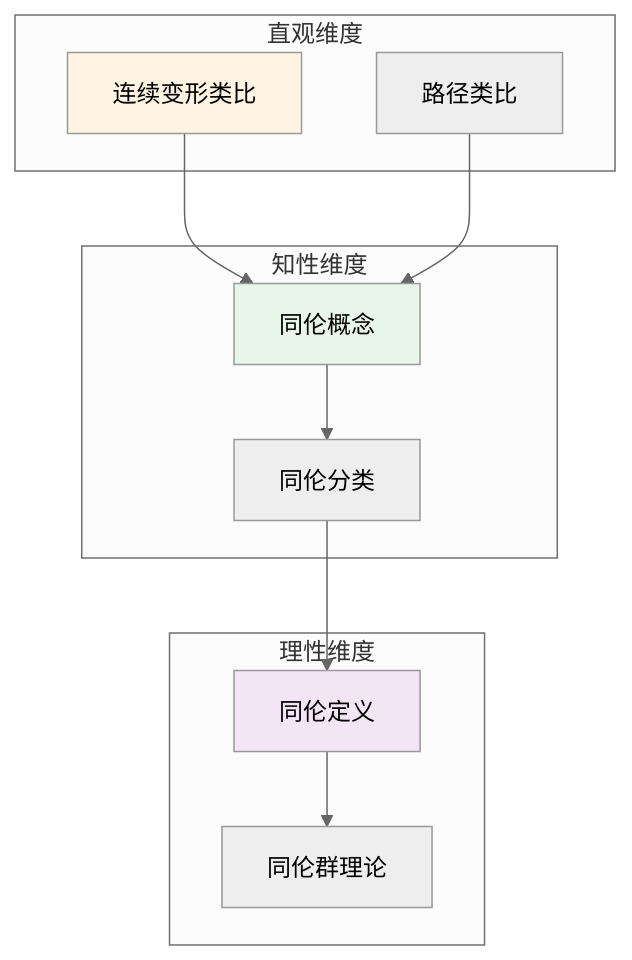
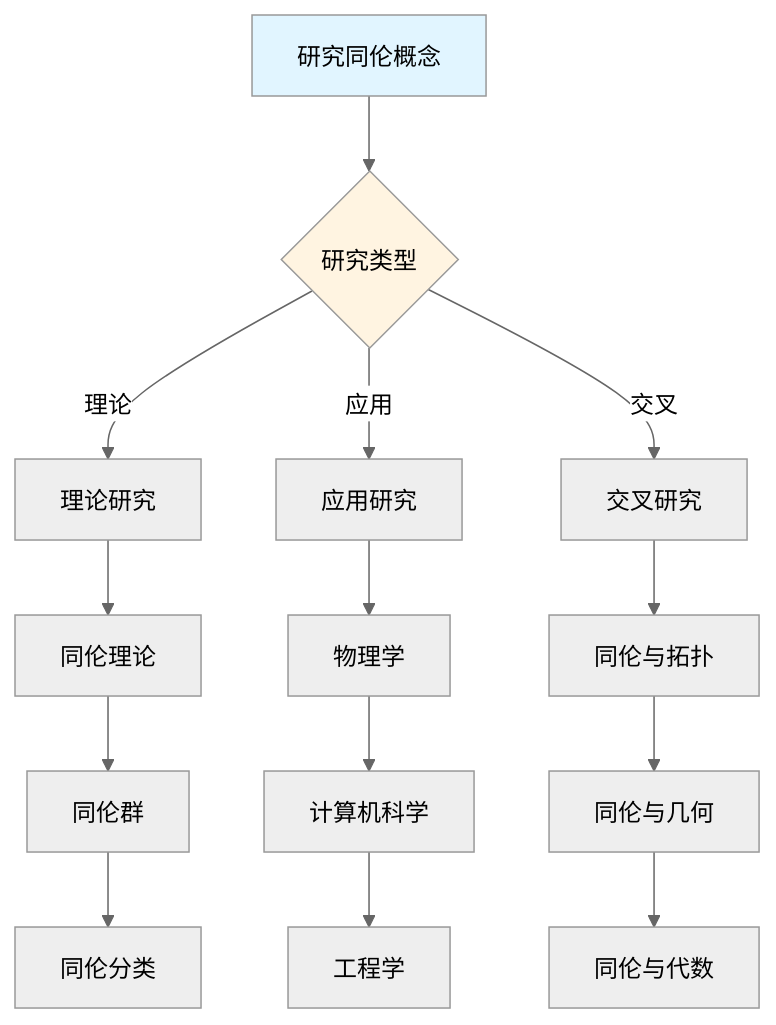
Before and after one commit to AdaMartin18010/FormalMath: the eighth of 10 diagrams in concept/核心概念/24-同伦.md, drawn with Mermaid (neutral theme). The commit also changed other lines of this file and 4793 other files, not shown here.

````diff
--- a/concept/核心概念/24-同伦.md
+++ b/concept/核心概念/24-同伦.md
@@ -762,27 +2358,22 @@
 ```mermaid
-graph TB
-    subgraph 直观维度
-        A1[连续变形类比]
-        A2[路径类比]
-    end
+graph TD
+    A[研究同伦概念] --> B{研究类型}
+    B -->|理论| C[理论研究]
+    B -->|应用| D[应用研究]
+    B -->|交叉| E[交叉研究]
 
-    subgraph 知性维度
-        B1[同伦概念]
-        B2[同伦分类]
-    end
+    C --> C1[同伦理论]
+    C1 --> C2[同伦群]
+    C2 --> C3[同伦分类]
 
-    subgraph 理性维度
-        C1[同伦定义]
-        C2[同伦群理论]
-    end
+    D --> D1[物理学]
+    D1 --> D2[计算机科学]
+    D2 --> D3[工程学]
 
-    A1 --> B1
-    A2 --> B1
-    B1 --> B2
-    B2 --> C1
-    C1 --> C2
+    E --> E1[同伦与拓扑]
+    E1 --> E2[同伦与几何]
+    E2 --> E3[同伦与代数]
 
-    style A1 fill:#fff4e1
-    style B1 fill:#e8f5e9
-    style C1 fill:#f3e5f5
+    style A fill:#e1f5ff
+    style B fill:#fff4e1
 ```
````
